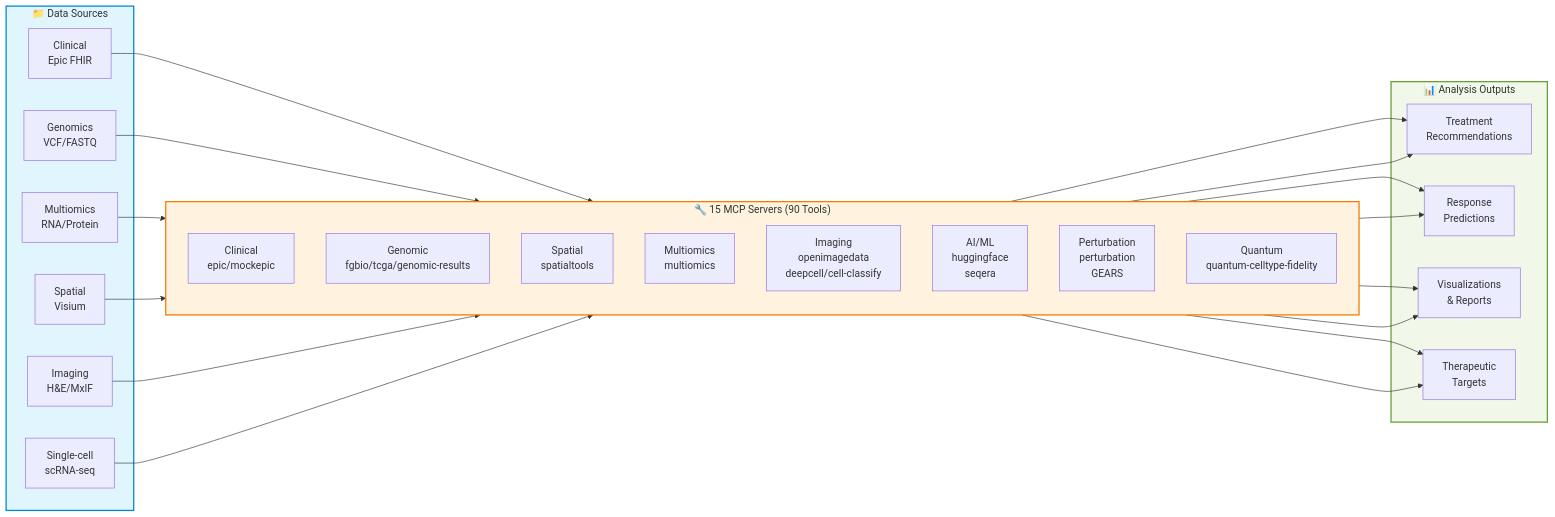
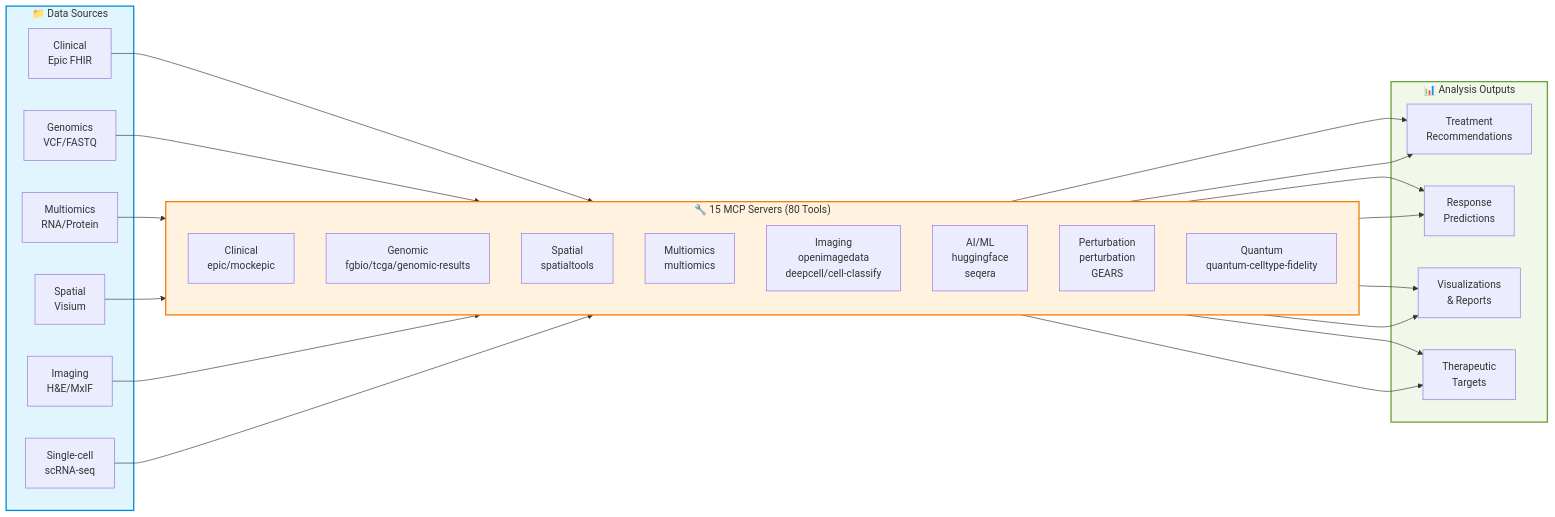
The first of 2 diagrams in docs/reference/architecture/README.md (raymond301/precision-medicine-mcp), drawn with Mermaid before and after one commit. The commit also changed other lines of this file and 15 other files, not shown here.

````diff
--- a/docs/reference/architecture/README.md
+++ b/docs/reference/architecture/README.md
@@ -9,50 +9,50 @@
 ```mermaid
 graph LR
     subgraph Input["📁 Data Sources"]
         EHR[Clinical<br/>Epic FHIR]
         SEQ[Genomics<br/>VCF/FASTQ]
         OMICS[Multiomics<br/>RNA/Protein]
         SPATIAL[Spatial<br/>Visium]
         IMG[Imaging<br/>H&E/MxIF]
         SCRNA[Single-cell<br/>scRNA-seq]
     end
 
-    subgraph MCP["🔧 15 MCP Servers (90 Tools)"]
+    subgraph MCP["🔧 15 MCP Servers (80 Tools)"]
         direction TB
         S1[Clinical<br/>epic/mockepic]
         S2[Genomic<br/>fgbio/tcga/genomic-results]
         S3[Spatial<br/>spatialtools]
         S4[Multiomics<br/>multiomics]
         S5[Imaging<br/>openimagedata<br/>deepcell/cell-classify]
         S6[AI/ML<br/>huggingface<br/>seqera]
         S7[Perturbation<br/>perturbation<br/>GEARS]
         S8[Quantum<br/>quantum-celltype-fidelity]
     end
 
     subgraph Output["📊 Analysis Outputs"]
         TREAT[Treatment<br/>Recommendations]
         PREDICT[Response<br/>Predictions]
         VIZ[Visualizations<br/>& Reports]
         INSIGHTS[Therapeutic<br/>Targets]
     end
 
     EHR --> S1
     SEQ --> S2
     OMICS --> S4
     SPATIAL --> S3
     IMG --> S5
     SCRNA --> S7
 
     S1 --> TREAT
     S2 --> PREDICT
     S3 --> VIZ
     S4 --> INSIGHTS
     S5 --> TREAT
     S6 --> PREDICT
     S7 --> VIZ
     S8 --> INSIGHTS
 
     style Input fill:#e1f5ff,stroke:#0288d1,stroke-width:2px
     style MCP fill:#fff3e0,stroke:#f57c00,stroke-width:2px
     style Output fill:#f1f8e9,stroke:#689f38,stroke-width:2px
 ```
````
